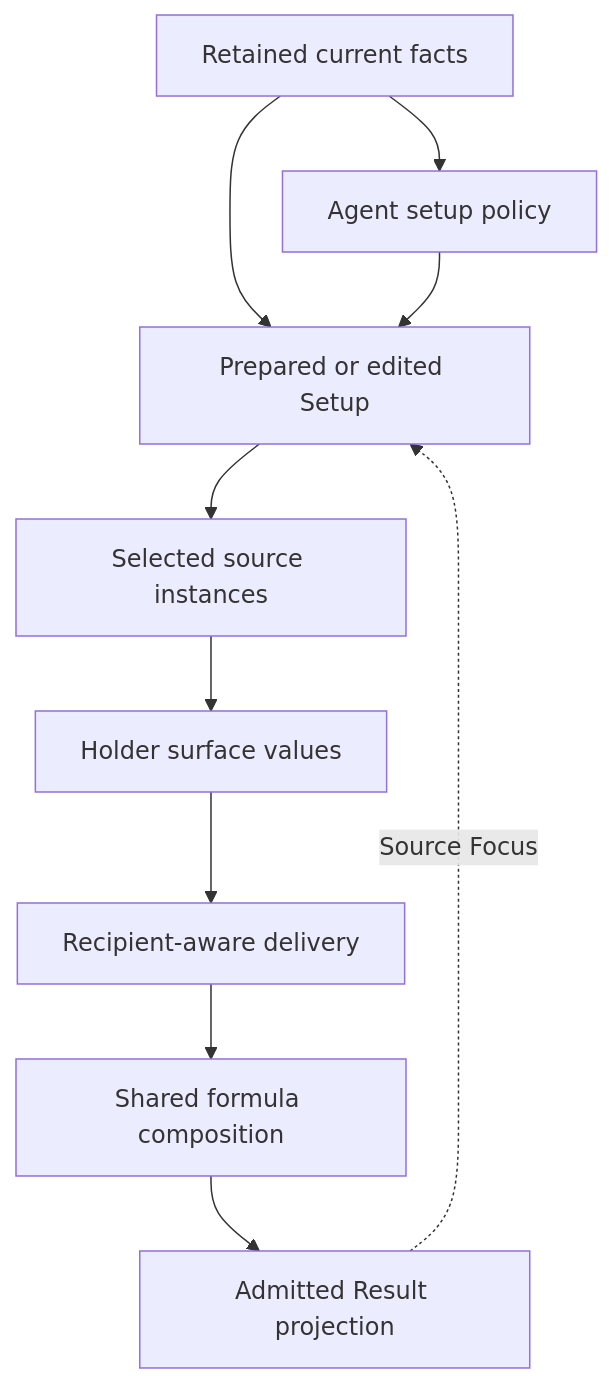
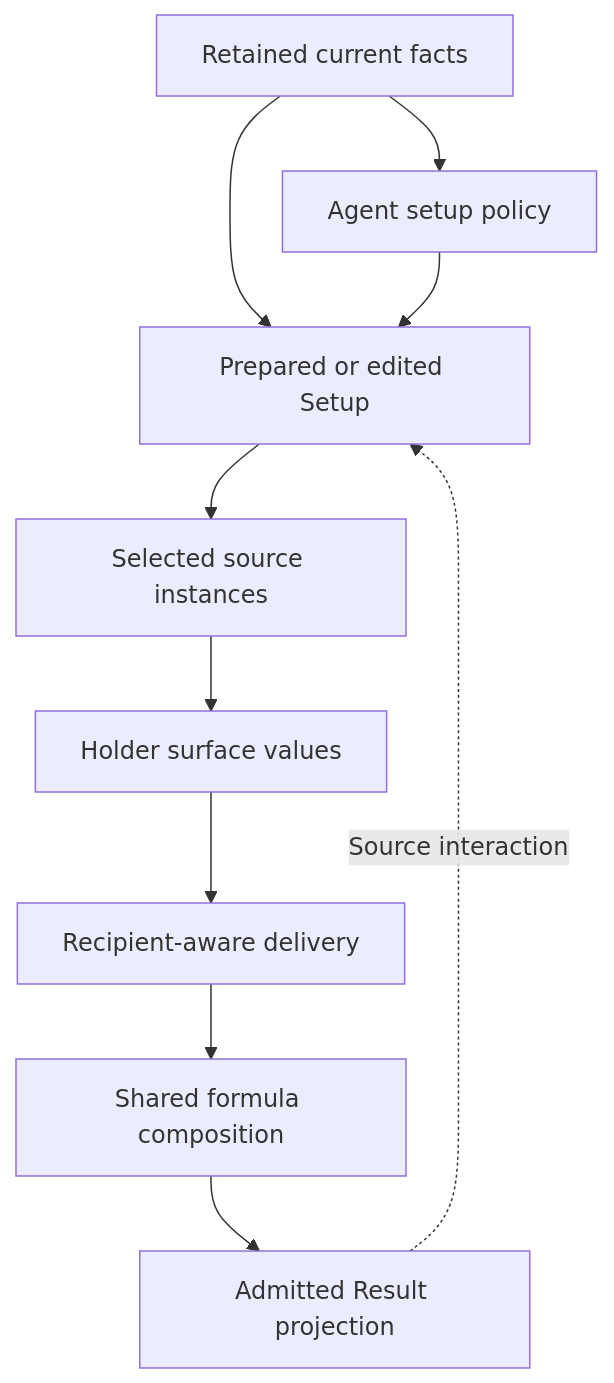
One commit to MDYHW/zzz-workbench changed the diagram in docs/brainstorms/2026-08-21-shared-source-calculation-harness-requirements.md. Above: the diagram before and after it, drawn with Mermaid. The commit also changed other lines of this file and 1 other file, not shown here.

Commit message:
docs(workbench): separate setup and Result formula participation

````diff
--- a/docs/brainstorms/2026-08-21-shared-source-calculation-harness-requirements.md
+++ b/docs/brainstorms/2026-08-21-shared-source-calculation-harness-requirements.md
@@ -38,21 +51,21 @@
 ```mermaid
 flowchart TB
   Facts[Retained current facts]
   Policy[Agent setup policy]
   Setup[Prepared or edited Setup]
   Sources[Selected source instances]
   Local[Holder surface values]
   Delivery[Recipient-aware delivery]
   Compose[Shared formula composition]
   Result[Admitted Result projection]
 
   Facts --> Policy
   Facts --> Setup
   Policy --> Setup
   Setup --> Sources
   Sources --> Local
   Local --> Delivery
   Delivery --> Compose
   Compose --> Result
-  Result -. Source Focus .-> Setup
+  Result -. Source interaction .-> Setup
 ```
````
